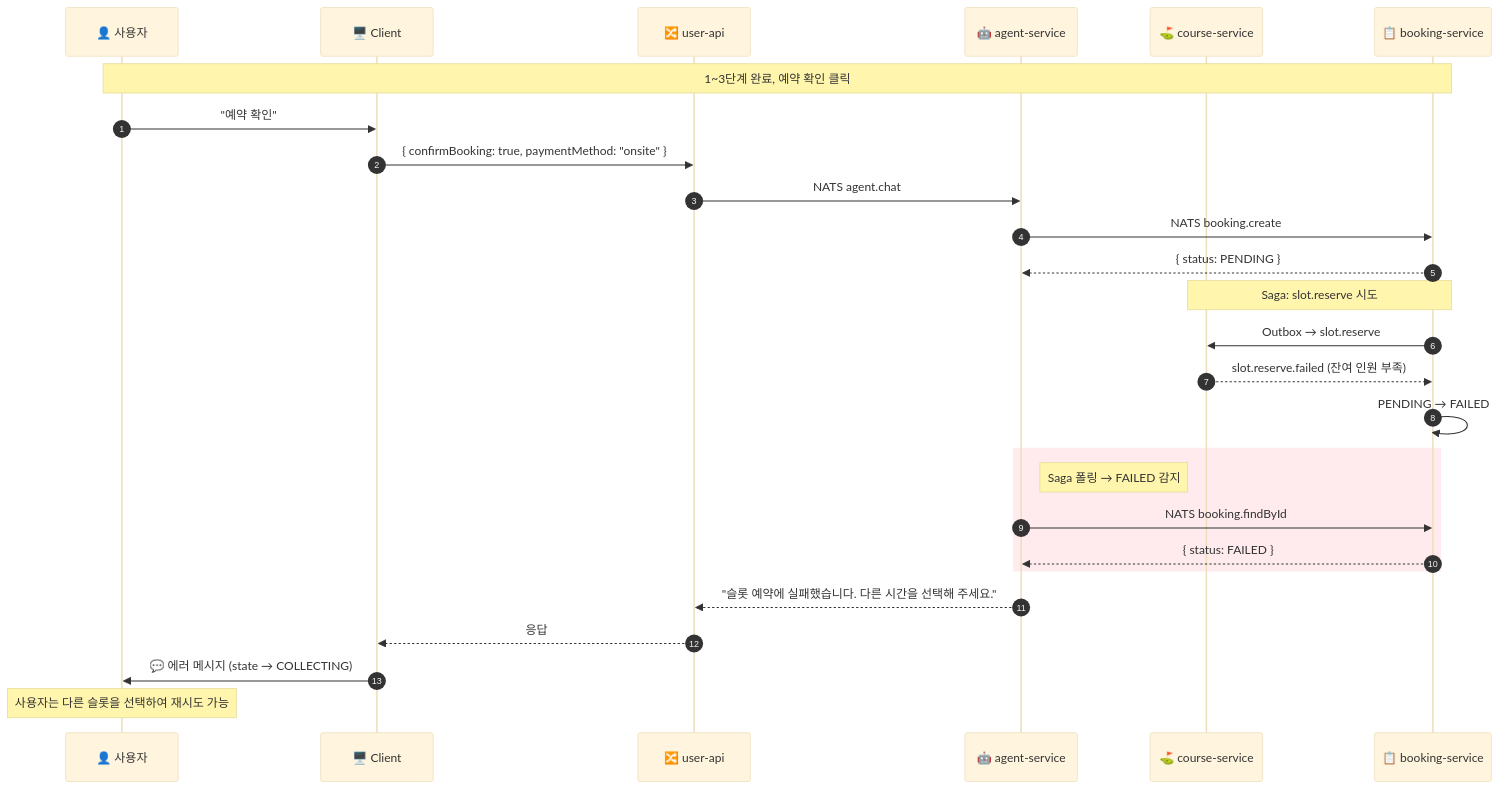
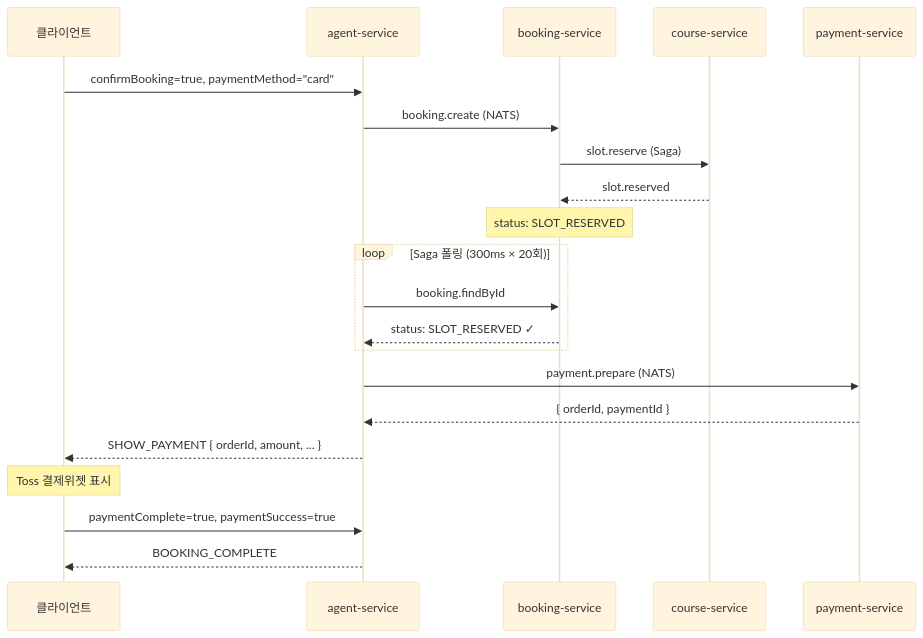
One commit to uniyous/parkgolf-platform changed the third of 3 diagrams in docs/workflow/AGENT.md. Above: the diagram before and after it, drawn with Mermaid (base theme). The commit also changed other lines of this file, not shown here.

First line of the commit message:
docs(agent): AGENT.md 전면 재작성 — Direct Handling + LLM 하이브리드 중심

````diff
--- a/docs/workflow/AGENT.md
+++ b/docs/workflow/AGENT.md
@@ -2459,35 +253,28 @@
 ```mermaid
 sequenceDiagram
-    autonumber
-    participant U as 👤 사용자
-    participant C as 🖥️ Client
-    participant B as 🔀 user-api
-    participant A as 🤖 agent-service
-    participant CS as ⛳ course-service
-    participant BK as 📋 booking-service
+    participant App as 클라이언트
+    participant Agent as agent-service
+    participant Book as booking-service
+    participant Course as course-service
+    participant Pay as payment-service
 
-    Note over U,BK: 1~3단계 완료, 예약 확인 클릭
+    App->>Agent: confirmBooking=true, paymentMethod="card"
+    Agent->>Book: booking.create (NATS)
+    Book->>Course: slot.reserve (Saga)
+    Course-->>Book: slot.reserved
+    Note over Book: status: SLOT_RESERVED
 
-    U->>C: "예약 확인"
-    C->>B: { confirmBooking: true, paymentMethod: "onsite" }
-    B->>A: NATS agent.chat
-    A->>BK: NATS booking.create
-    BK-->>A: { status: PENDING }
-
-    Note over BK,CS: Saga: slot.reserve 시도
-    BK->>CS: Outbox → slot.reserve
-    CS-->>BK: slot.reserve.failed (잔여 인원 부족)
-    BK->>BK: PENDING → FAILED
-
-    rect rgb(255, 235, 238)
-        Note right of A: Saga 폴링 → FAILED 감지
-        A->>BK: NATS booking.findById
-        BK-->>A: { status: FAILED }
+    loop Saga 폴링 (300ms × 20회)
+        Agent->>Book: booking.findById
+        Book-->>Agent: status: SLOT_RESERVED ✓
     end
 
-    A-->>B: "슬롯 예약에 실패했습니다. 다른 시간을 선택해 주세요."
-    B-->>C: 응답
-    C->>U: 💬 에러 메시지 (state → COLLECTING)
+    Agent->>Pay: payment.prepare (NATS)
+    Pay-->>Agent: { orderId, paymentId }
 
-    Note over U: 사용자는 다른 슬롯을 선택하여 재시도 가능
+    Agent-->>App: SHOW_PAYMENT { orderId, amount, ... }
+    Note over App: Toss 결제위젯 표시
+
+    App->>Agent: paymentComplete=true, paymentSuccess=true
+    Agent-->>App: BOOKING_COMPLETE
 ```
````
